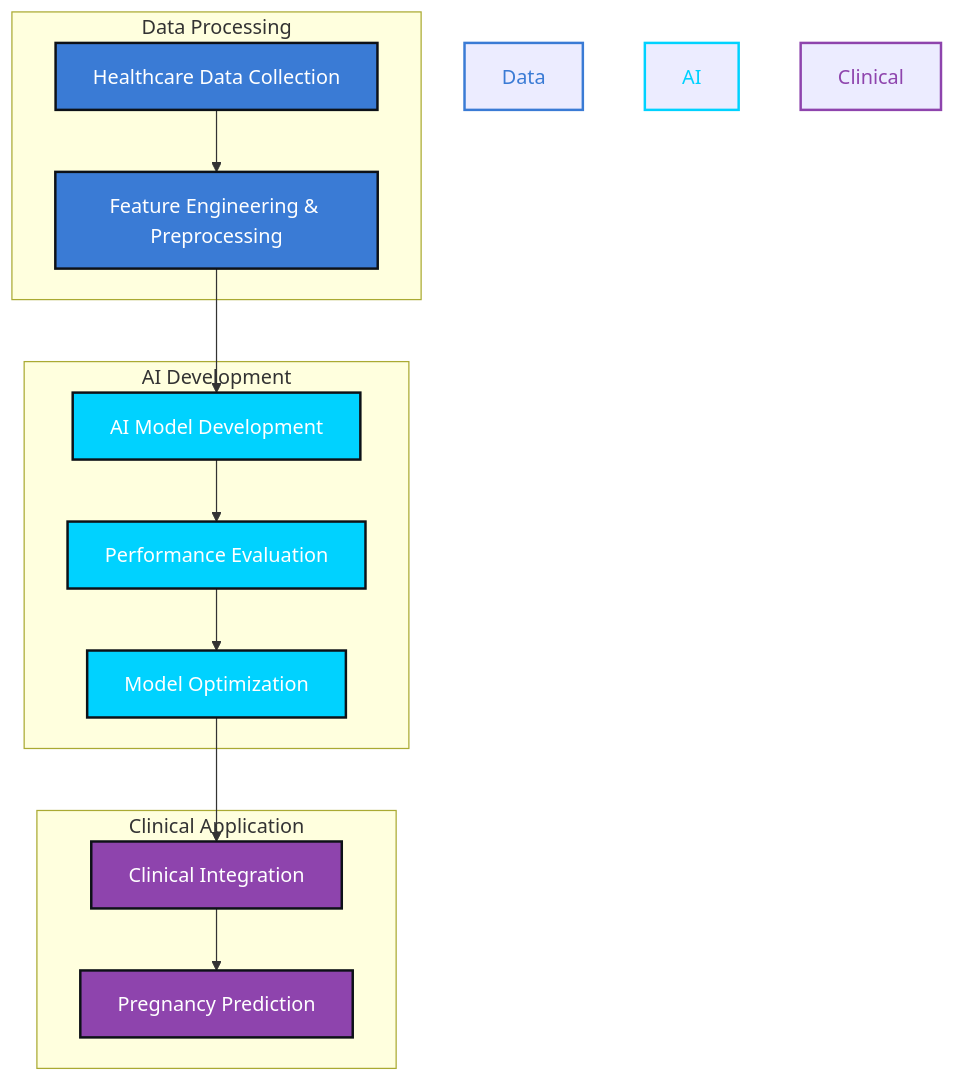
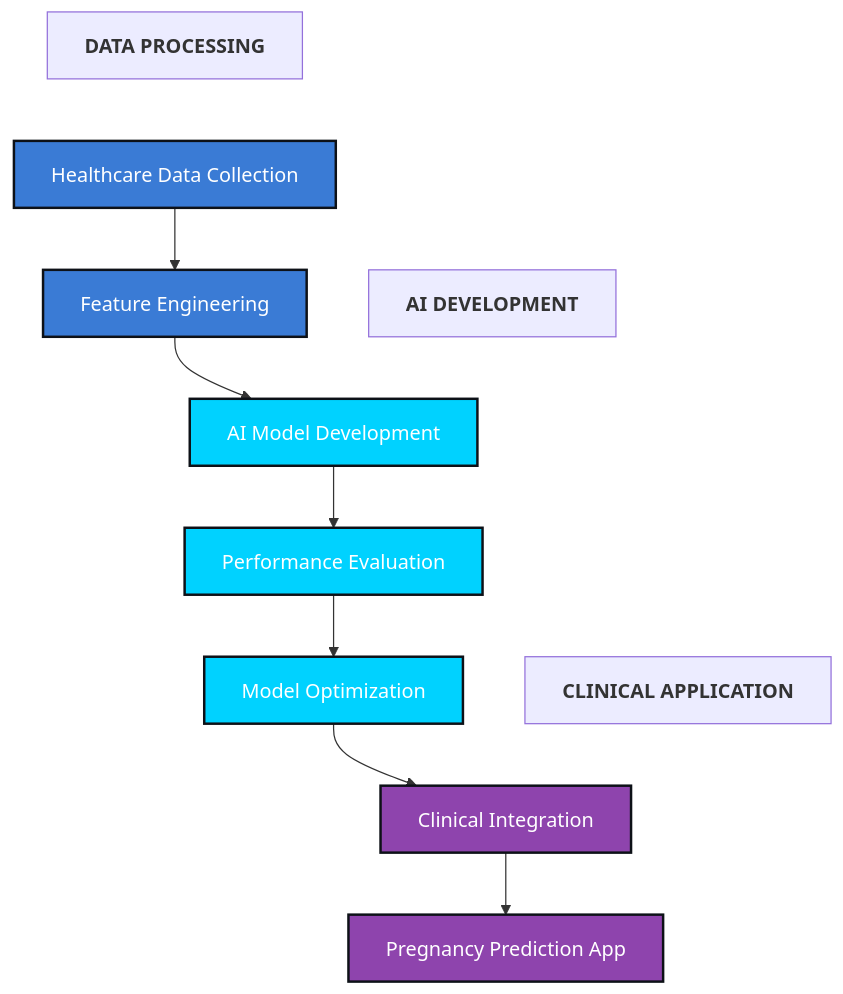
One commit to hasti1356/hasti1356 changed the diagram in README.md. Above: the diagram before and after it, drawn with Mermaid.

````diff
--- a/README.md
+++ b/README.md
@@ -126,34 +126,38 @@
 ```mermaid
 flowchart TD
+    %% Styling classes
     classDef dataPhase fill:#3a7bd5,stroke:#0D1117,color:white,stroke-width:2px
     classDef modelPhase fill:#00d2ff,stroke:#0D1117,color:white,stroke-width:2px
     classDef applicationPhase fill:#8e44ad,stroke:#0D1117,color:white,stroke-width:2px
+    classDef phaseTitle font-size:16px,font-weight:bold
     
-    subgraph "Data Processing"
-    A[Healthcare Data Collection] --> B[Feature Engineering & Preprocessing]
-    end
+    %% Phase titles
+    DataTitle["DATA PROCESSING"]:::phaseTitle
+    AITitle["AI DEVELOPMENT"]:::phaseTitle
+    ClinicalTitle["CLINICAL APPLICATION"]:::phaseTitle
     
-    subgraph "AI Development"
-    C[AI Model Development] --> D[Performance Evaluation]
+    %% Process flow
+    A[Healthcare Data Collection] --> B[Feature Engineering]
+    B --> C[AI Model Development]
+    C --> D[Performance Evaluation]
     D --> E[Model Optimization]
-    end
+    E --> F[Clinical Integration]
+    F --> G[Pregnancy Prediction App]
     
-    subgraph "Clinical Application"
-    F[Clinical Integration] --> G[Pregnancy Prediction]
-    end
+    %% Invisible connections to titles
+    DataTitle -.-> A
+    AITitle -.-> C
+    ClinicalTitle -.-> F
     
-    B --> C
-    E --> F
-    
+    %% Styling nodes by phase
     A:::dataPhase
     B:::dataPhase
     C:::modelPhase
     D:::modelPhase
     E:::modelPhase
     F:::applicationPhase
     G:::applicationPhase
     
-    style Data Processing fill:#0D1117,stroke:#3a7bd5,stroke-width:2px,color:#3a7bd5
-    style AI Development fill:#0D1117,stroke:#00d2ff,stroke-width:2px,color:#00d2ff
-    style Clinical Application fill:#0D1117,stroke:#8e44ad,stroke-width:2px,color:#8e44ad
+    %% Make title connections invisible
+    linkStyle 6,7,8 stroke:none
 ```
````
